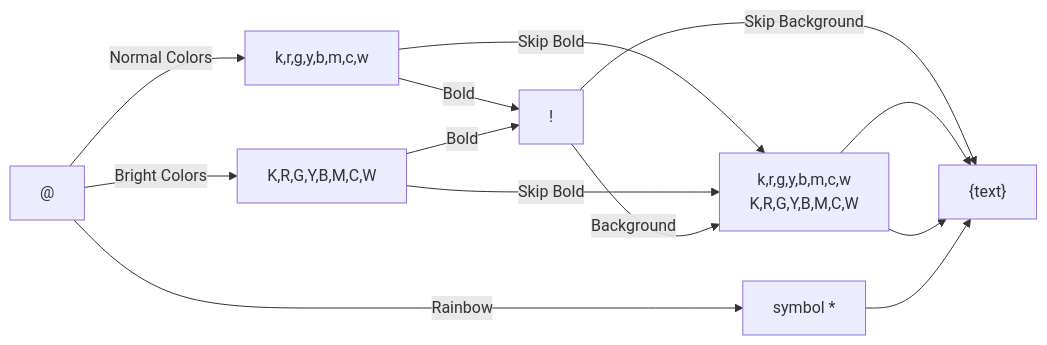
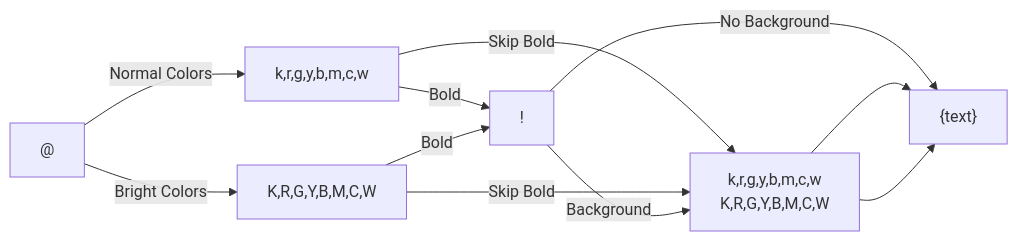
One commit to phplego/tint changed the diagram in memoansi.md. Above: the diagram before and after it, drawn with Mermaid. The commit also changed other lines of this file, not shown here.

````diff
--- a/memoansi.md
+++ b/memoansi.md
@@ -20,18 +20,15 @@
 ```mermaid
 graph LR
     Start["@"] --> |"Normal Colors"| Normal["k,r,g,y,b,m,c,w"]
     Start --> |"Bright Colors"| Bright["K,R,G,Y,B,M,C,W"]
-    Start --> |"Rainbow"| Rainbow["symbol *"]
     
     Normal --> |"Bold"| Bold["!"]
     Bright --> |"Bold"| Bold
     Normal --> |"Skip Bold"| BG
     Bright --> |"Skip Bold"| BG
     
     Bold --> |"Background"| BG["k,r,g,y,b,m,c,w<br/>K,R,G,Y,B,M,C,W"]
-    Bold --> |"Skip Background"| Text
+    Bold --> |"No Background"| Text
     BG --> Text["{text}"]
     BG --> Text
-    
-    Rainbow --> Text
 ```
````
